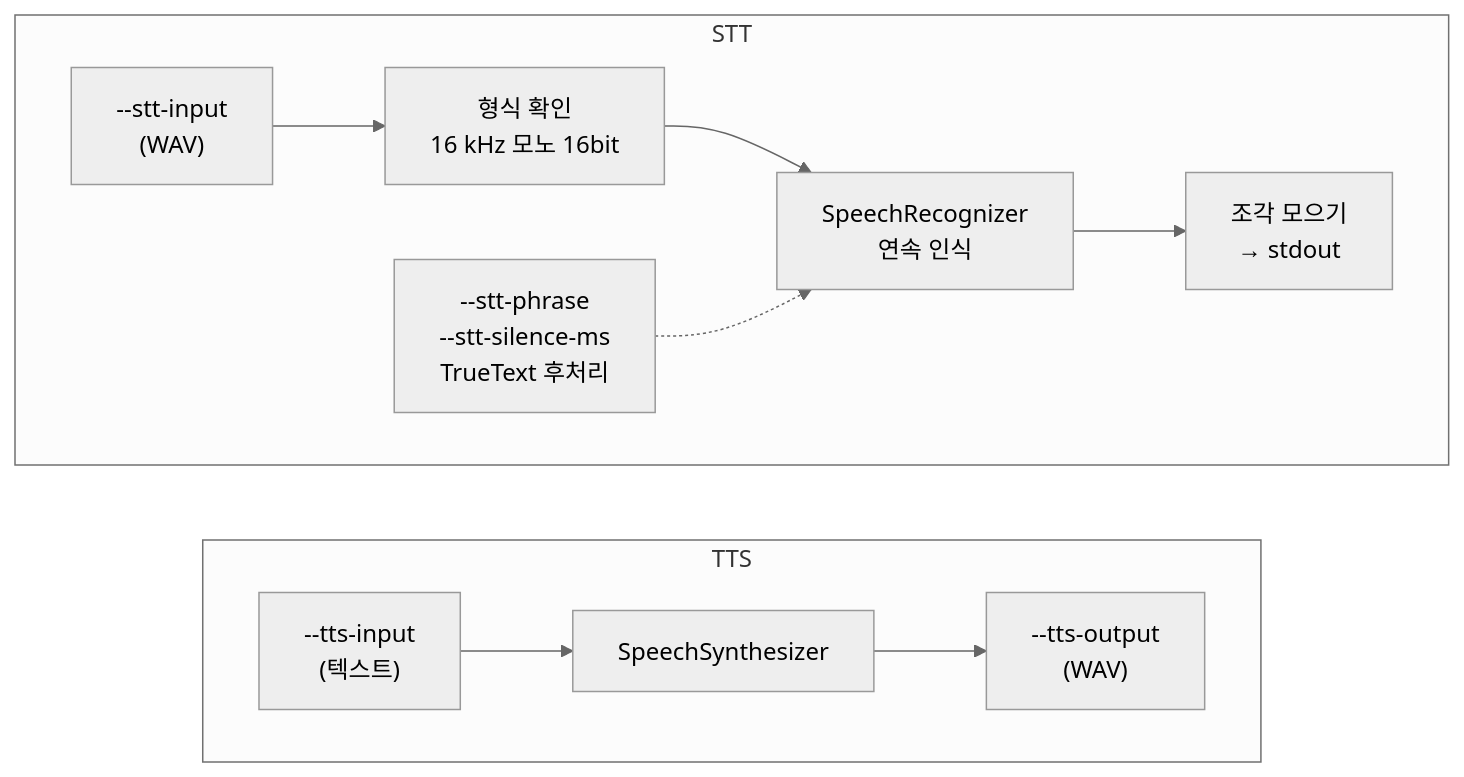
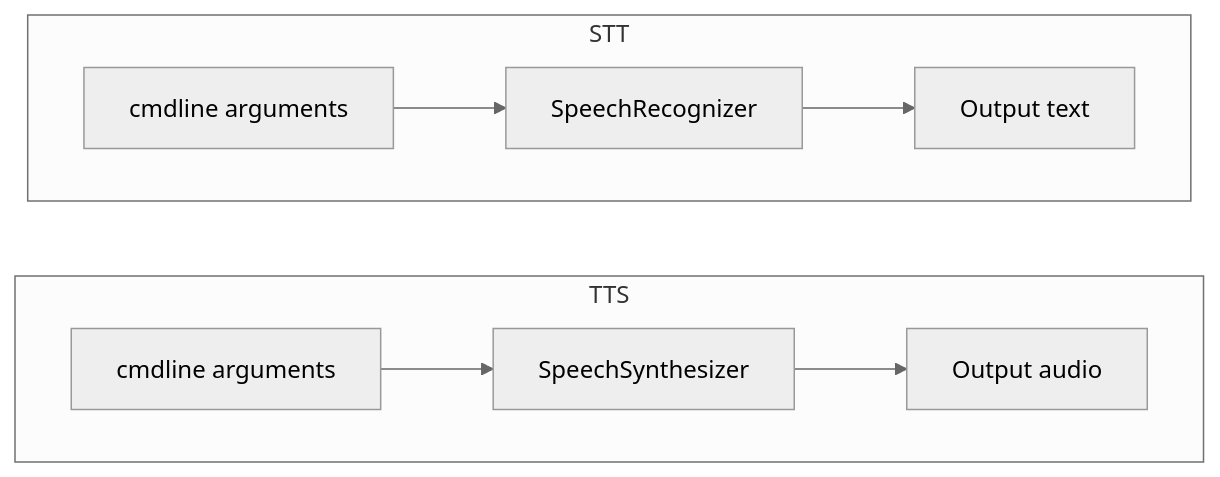
Before and after one commit to ivorycloud1013/lab-azure-hol-ai-services: the third of 5 diagrams in python/README.md, drawn with Mermaid. The commit also changed other lines of this file and 2 other files, not shown here.

````diff
--- a/python/README.md
+++ b/python/README.md
@@ -154,14 +123,12 @@
 ```mermaid
 %%{init: {"theme": "neutral"}}%%
 flowchart LR
     subgraph TTS
         direction LR
-        TIN["--tts-input<br/>(텍스트)"] --> SYNTH["SpeechSynthesizer"] --> TOUT["--tts-output<br/>(WAV)"]
+        USER1["cmdline arguments"] --> SYNTH["SpeechSynthesizer"] --> TOUT["Output audio"]
     end
     subgraph STT
         direction LR
-        SIN["--stt-input<br/>(WAV)"] --> FMT["형식 확인<br/>16 kHz 모노 16bit"]
-        FMT --> REC["SpeechRecognizer<br/>연속 인식"] --> PARTS["조각 모으기<br/>→ stdout"]
-        OPTS["--stt-phrase<br/>--stt-silence-ms<br/>TrueText 후처리"] -.-> REC
+        USER2["cmdline arguments"] --> REC["SpeechRecognizer"] --> PARTS["Output text"]
     end
 ```
````
